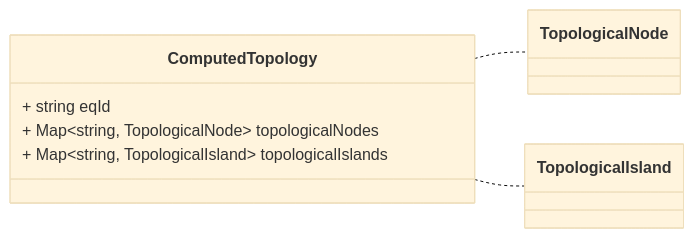
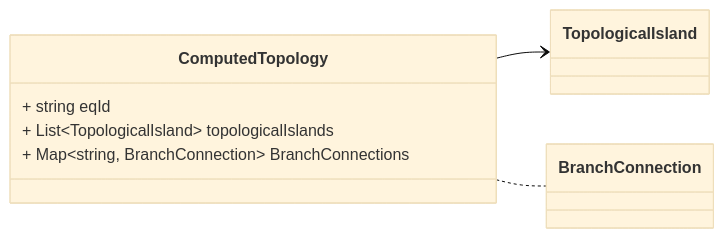
Before and after one commit to zaphiro-technologies/protobuf: the fifth of 5 diagrams in docs/topology.proto.md, drawn with Mermaid (base theme). The commit also changed other lines of this file and 4 other files, not shown here.

````diff
--- a/docs/topology.proto.md
+++ b/docs/topology.proto.md
@@ -82,22 +100,22 @@
 ```mermaid
 classDiagram
 direction LR
 
 %% A processed topology information.
 %% Headers used in rabbitMQ:
 %% * `id` (string): id of the `Topology`
 %% * `type` (string): always `ComputedTopology`
 %% * `producerId` (string): the id of the producer (e.g. a PMU) linked to the dataset.
 %% * `timestampId` (int64): related measurement Unix msec timestamp (if any)
 %% * `subnetworkId` (string): the sub network id for which the topology was computed
 %% 
 
 class ComputedTopology {
   + string eqId
-  + Map~string,  TopologicalNode~ topologicalNodes
-  + Map~string,  TopologicalIsland~ topologicalIslands
+  + List~TopologicalIsland~ topologicalIslands
+  + Map~string,  BranchConnection~ BranchConnections
 }
-ComputedTopology .. ` TopologicalNode`
-ComputedTopology .. ` TopologicalIsland`
+ComputedTopology --> `TopologicalIsland`
+ComputedTopology .. ` BranchConnection`
 
 ```
````
